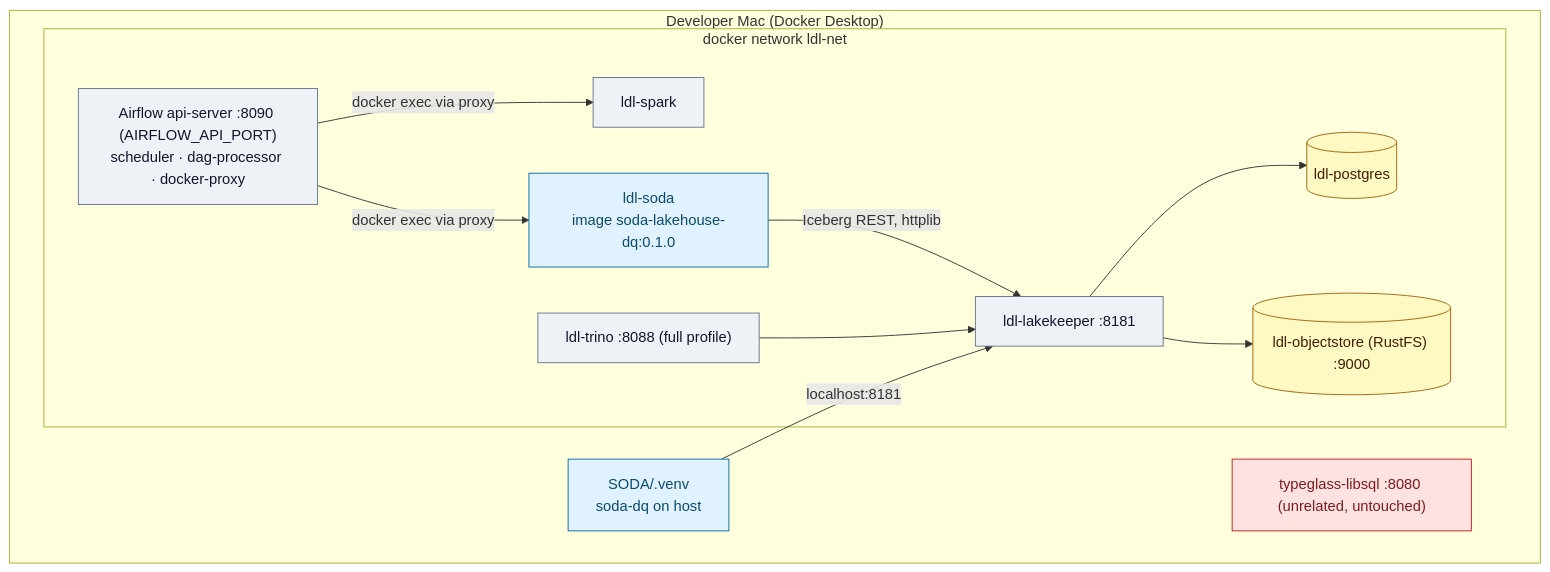
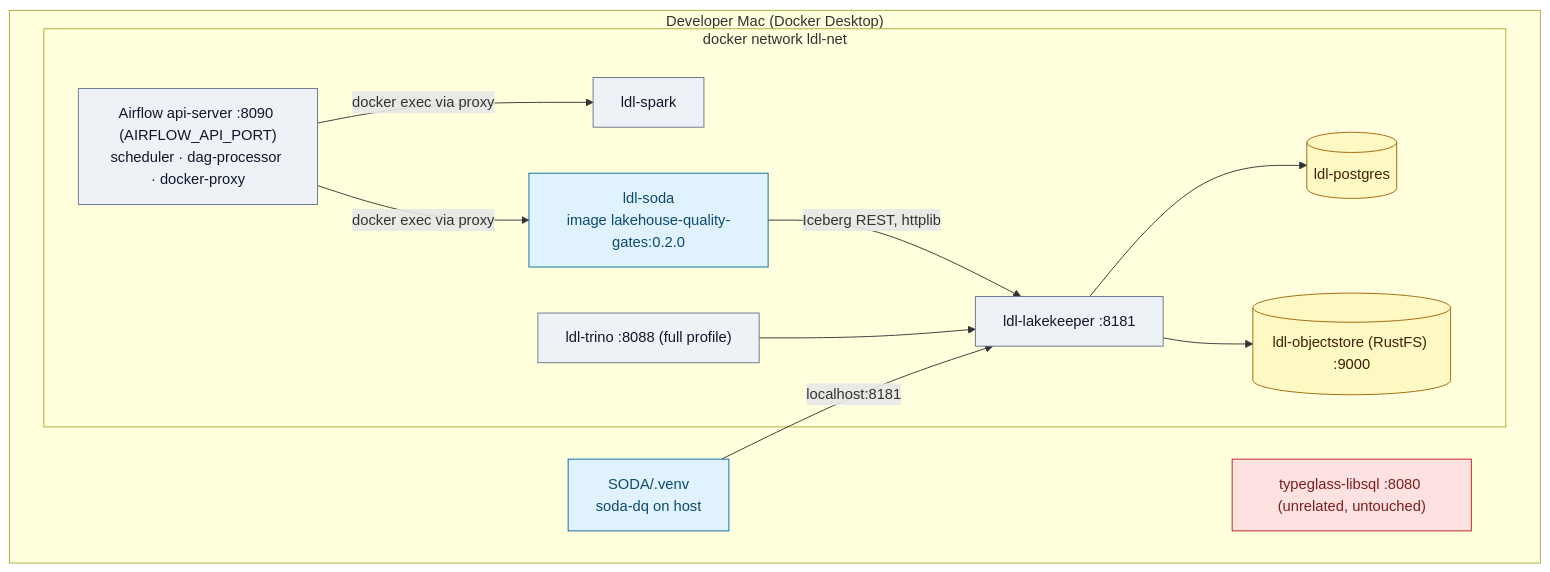
The sixth of 8 diagrams in docs/architecture.md (santoshshinde2012/lakehouse-quality-gates), drawn with Mermaid before and after one commit. The commit also changed other lines of this file and 7 other files, not shown here.

First line of the commit message:
chore: rename distribution and image to lakehouse-quality-gates, bump to 0.2.0

````diff
--- a/docs/architecture.md
+++ b/docs/architecture.md
@@ -184,28 +184,28 @@
 ```mermaid
 flowchart TB
   subgraph HOST["Developer Mac (Docker Desktop)"]
     subgraph NET["docker network ldl-net"]
       LK["ldl-lakekeeper :8181"]:::ext
       OS[("ldl-objectstore (RustFS) :9000")]:::store
       PG[("ldl-postgres")]:::store
       SP["ldl-spark"]:::ext
       TR["ldl-trino :8088 (full profile)"]:::ext
       AF["Airflow api-server :8090 (AIRFLOW_API_PORT)<br/>scheduler · dag-processor · docker-proxy"]:::ext
-      SO["ldl-soda<br/>image soda-lakehouse-dq:0.1.0"]:::dq
+      SO["ldl-soda<br/>image lakehouse-quality-gates:0.2.0"]:::dq
     end
     VENV["SODA/.venv<br/>soda-dq on host"]:::dq
     TG["typeglass-libsql :8080 (unrelated, untouched)"]:::fail
   end
   AF -- "docker exec via proxy" --> SP
   AF -- "docker exec via proxy" --> SO
   SO -- "Iceberg REST, httplib" --> LK
   VENV -- "localhost:8181" --> LK
   LK --> PG
   LK --> OS
   TR --> LK
   classDef ext fill:#eef2f7,stroke:#64748b,color:#0f172a
   classDef dq fill:#e0f2fe,stroke:#0369a1,color:#0c4a6e
   classDef store fill:#fef9c3,stroke:#a16207,color:#422006
   classDef gate fill:#dcfce7,stroke:#15803d,color:#14532d
   classDef fail fill:#fee2e2,stroke:#b91c1c,color:#7f1d1d
 ```
````
